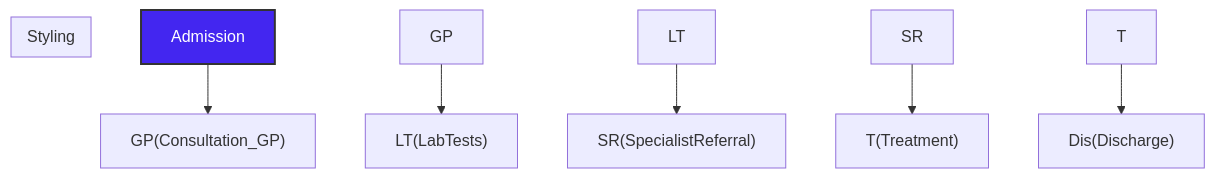
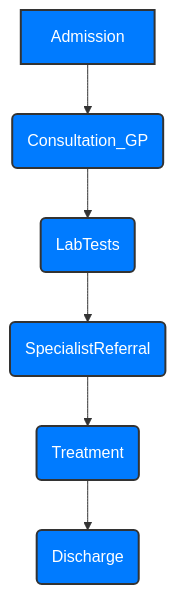
One commit to ikko/sym changed the second of 4 diagrams in docs/3_advanced_tutorial.md. Above: the diagram before and after it, drawn with Mermaid. The commit also changed other lines of this file and 15 other files, not shown here.

Commit message:
inbetween cleaning examples and recolor mermaids

````diff
--- a/docs/3_advanced_tutorial.md
+++ b/docs/3_advanced_tutorial.md
@@ -117,13 +152,15 @@
 ```mermaid
 graph TD
-    Adm[Admission] --> GP&#40Consultation_GP&#41
-    GP --> LT&#40LabTests&#41
-    LT --> SR&#40SpecialistReferral&#41
-    SR --> T&#40Treatment&#41
-    T --> Dis&#40Discharge&#41
+    Adm[Admission] --> GP(Consultation_GP)
+    GP --> LT(LabTests)
+    LT --> SR(SpecialistReferral)
+    SR --> T(Treatment)
+    T --> Dis(Discharge)
 
-    subgraph "Styling"
-    end
-
-    style Adm fill:#4326f0,stroke:#333,stroke-width:2px,color:#FFFFFF;
+    style Adm fill:#007BFF,stroke:#333,stroke-width:2px,color:#FFFFFF;
+    style GP fill:#007BFF,stroke:#333,stroke-width:2px,color:#FFFFFF;
+    style LT fill:#007BFF,stroke:#333,stroke-width:2px,color:#FFFFFF;
+    style SR fill:#007BFF,stroke:#333,stroke-width:2px,color:#FFFFFF;
+    style T fill:#007BFF,stroke:#333,stroke-width:2px,color:#FFFFFF;
+    style Dis fill:#007BFF,stroke:#333,stroke-width:2px,color:#FFFFFF;
 ```
````
